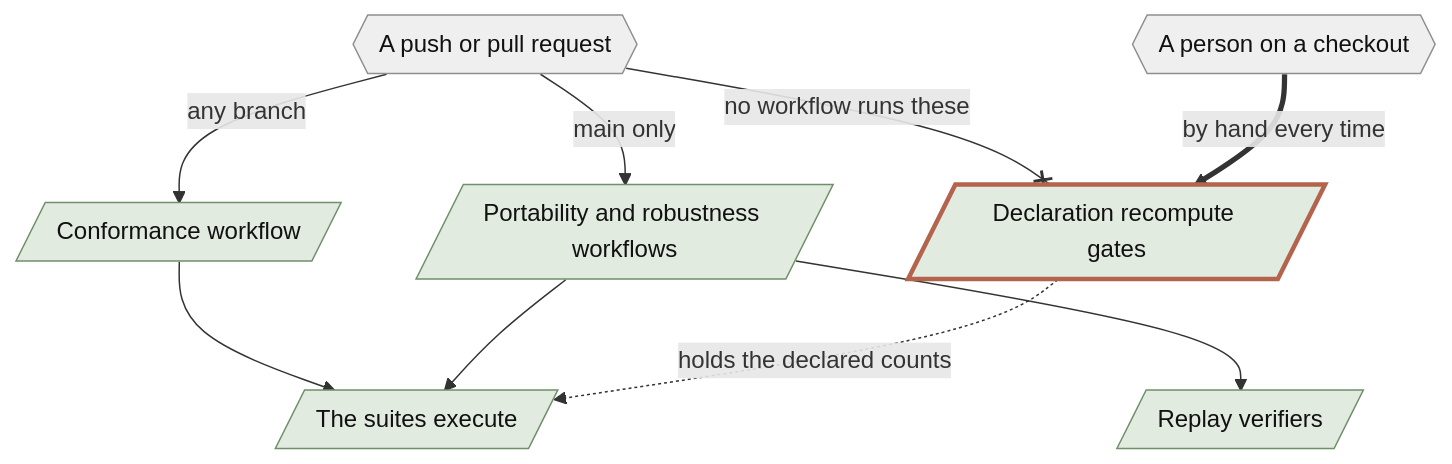
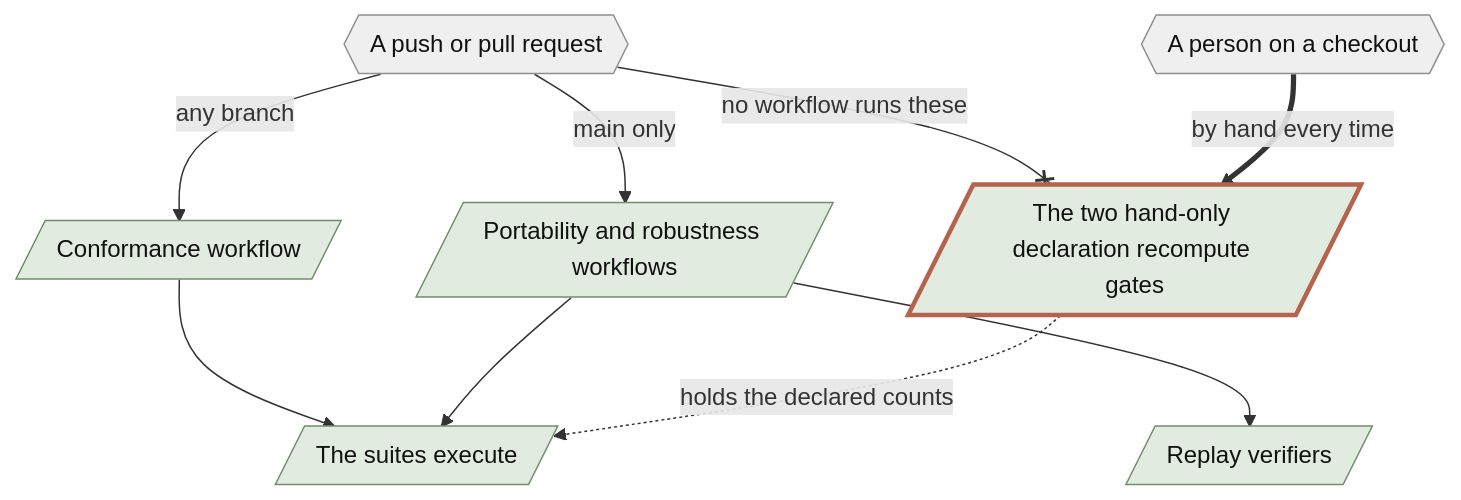
Before and after one commit to JamesDimachkie/receiver-reliance: diagram 11 of 11 in DIAGRAMS.md, drawn with Mermaid. The commit also changed other lines of this file and 5 other files, not shown here.

````diff
--- a/DIAGRAMS.md
+++ b/DIAGRAMS.md
@@ -911,34 +911,34 @@
 ```mermaid
 flowchart TD
   accTitle: Which gates fire in CI and which need a person
-  accDescr: Three hosted workflows execute the suites on push, but every program that checks a declaration about those suites against current bytes runs only when a person runs it.
+  accDescr: Three hosted workflows execute the suites on push, and the portability workflow now reaches most of the declaration-recompute gates through the matrix plan; two of them still run only when a person runs them.
 
   push{{"A push or pull request"}}
   person{{"A person on a checkout"}}
   ci_conformance[/"Conformance workflow"/]
   ci_main[/"Portability and robustness workflows"/]
   suites[/"The suites execute"/]
   replay[/"Replay verifiers"/]
-  recompute[/"Declaration recompute gates"/]
+  recompute[/"The two hand-only declaration recompute gates"/]
 
   push -->|any branch| ci_conformance
   push -->|main only| ci_main
   ci_conformance --> suites
   ci_main --> suites
   ci_main --> replay
   push --x|no workflow runs these| recompute
   person ==>|by hand every time| recompute
   recompute -.->|holds the declared counts| suites
 
   classDef live    fill:#dbe7f3,stroke:#5b7fa6,color:#111111
   classDef frozen  fill:#e8e3d9,stroke:#8a8172,color:#111111
   classDef harness fill:#e2ebe0,stroke:#6f8f6a,color:#111111
   classDef host    fill:#efefef,stroke:#8f8f8f,color:#111111
   classDef gap     fill:#f6ddd6,stroke:#b4634c,color:#111111,stroke-dasharray:4 3
   classDef focal   stroke:#b4634c,stroke-width:3px
 
   class push,person host
   class ci_conformance,ci_main,suites,replay harness
   class recompute harness
   class recompute focal
 ```
````
